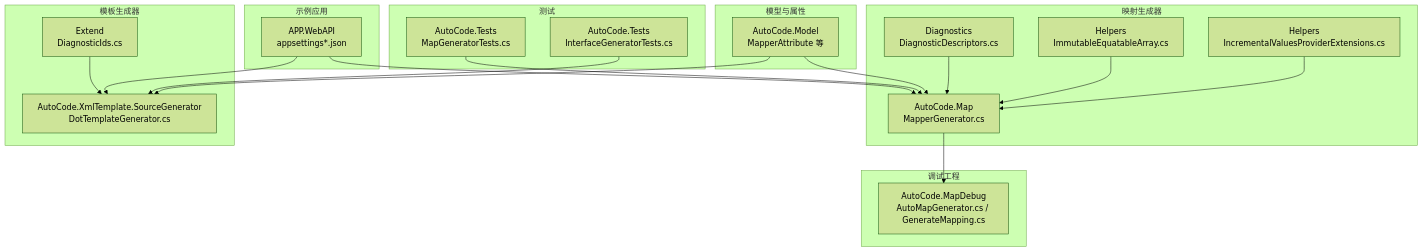
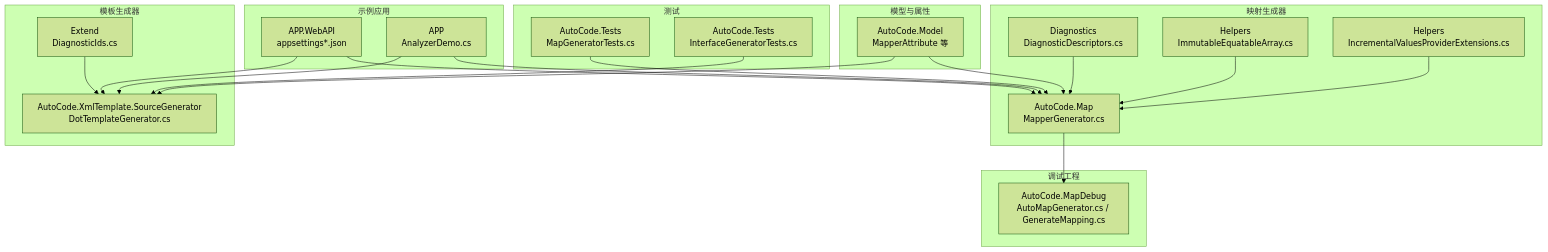
Before and after one commit to alivy/AutoCode: the first of 4 diagrams in .qoder/repowiki/zh/content/调试与诊断/调试与诊断.md, drawn with Mermaid (forest theme). The commit also changed other lines of this file and 23 other files, not shown here.

````diff
--- a/.qoder/repowiki/zh/content/调试与诊断/调试与诊断.md
+++ b/.qoder/repowiki/zh/content/调试与诊断/调试与诊断.md
@@ -50,37 +59,40 @@
 ```mermaid
 graph TB
 subgraph "模型与属性"
 M["AutoCode.Model<br/>MapperAttribute 等"]
 end
 subgraph "映射生成器"
 MG["AutoCode.Map<br/>MapperGenerator.cs"]
 D["Diagnostics<br/>DiagnosticDescriptors.cs"]
 H1["Helpers<br/>ImmutableEquatableArray.cs"]
 H2["Helpers<br/>IncrementalValuesProviderExtensions.cs"]
 end
 subgraph "模板生成器"
 TG["AutoCode.XmlTemplate.SourceGenerator<br/>DotTemplateGenerator.cs"]
 DI["Extend<br/>DiagnosticIds.cs"]
 end
 subgraph "调试工程"
 DBG["AutoCode.MapDebug<br/>AutoMapGenerator.cs / GenerateMapping.cs"]
 end
 subgraph "测试"
 T1["AutoCode.Tests<br/>MapGeneratorTests.cs"]
 T2["AutoCode.Tests<br/>InterfaceGeneratorTests.cs"]
 end
 subgraph "示例应用"
 APP["APP.WebAPI<br/>appsettings*.json"]
+AD["APP<br/>AnalyzerDemo.cs"]
 end
 M --> MG
 D --> MG
 H1 --> MG
 H2 --> MG
 M --> TG
 DI --> TG
 MG --> DBG
 T1 --> MG
 T2 --> TG
 APP --> MG
 APP --> TG
+AD --> MG
+AD --> TG
 ```
````
